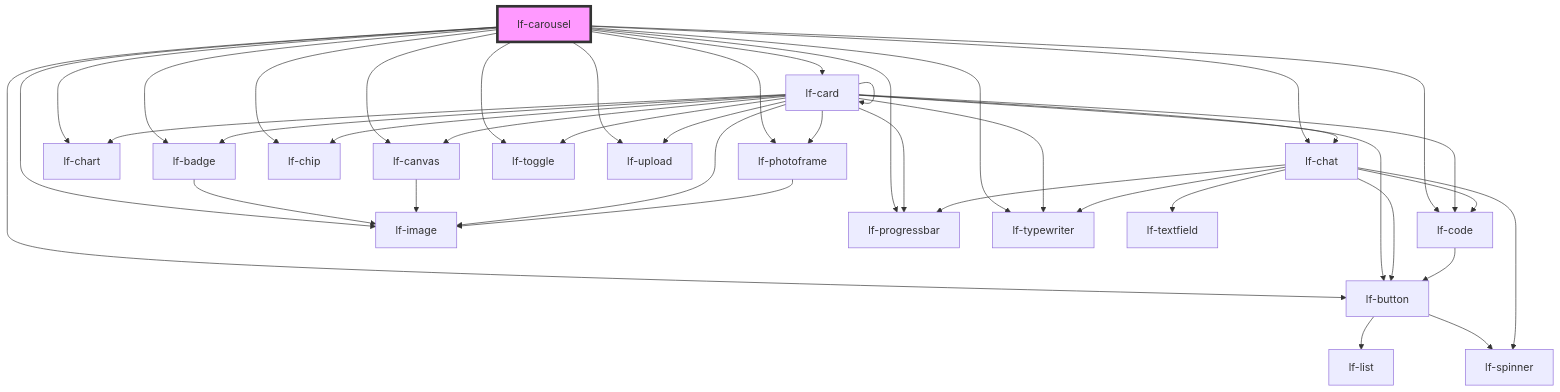
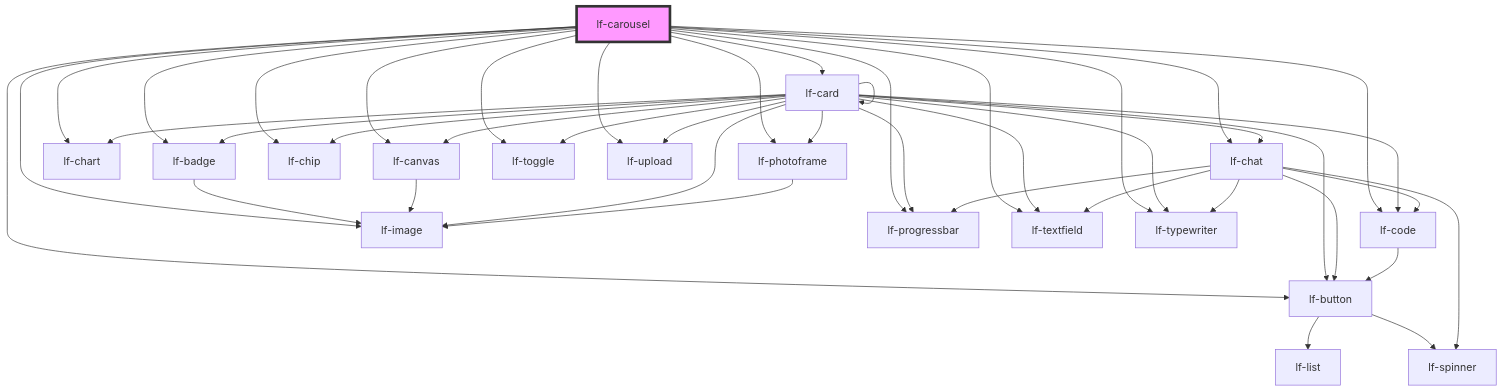
Before and after one commit to lucafoscili/lf-widgets: the diagram in packages/core/src/components/lf-carousel/readme.md, drawn with Mermaid. The commit also changed other lines of this file and 9 other files, not shown here.

````diff
--- a/packages/core/src/components/lf-carousel/readme.md
+++ b/packages/core/src/components/lf-carousel/readme.md
@@ -155,44 +156,46 @@
 ```mermaid
 graph TD;
   lf-carousel --> lf-badge
   lf-carousel --> lf-button
   lf-carousel --> lf-canvas
   lf-carousel --> lf-card
   lf-carousel --> lf-chart
   lf-carousel --> lf-chat
   lf-carousel --> lf-chip
   lf-carousel --> lf-code
   lf-carousel --> lf-image
   lf-carousel --> lf-photoframe
   lf-carousel --> lf-progressbar
+  lf-carousel --> lf-textfield
   lf-carousel --> lf-toggle
   lf-carousel --> lf-typewriter
   lf-carousel --> lf-upload
   lf-badge --> lf-image
   lf-button --> lf-list
   lf-button --> lf-spinner
   lf-canvas --> lf-image
   lf-card --> lf-badge
   lf-card --> lf-button
   lf-card --> lf-canvas
   lf-card --> lf-card
   lf-card --> lf-chart
   lf-card --> lf-chat
   lf-card --> lf-chip
   lf-card --> lf-code
   lf-card --> lf-image
   lf-card --> lf-photoframe
   lf-card --> lf-progressbar
+  lf-card --> lf-textfield
   lf-card --> lf-toggle
   lf-card --> lf-typewriter
   lf-card --> lf-upload
   lf-chat --> lf-spinner
   lf-chat --> lf-button
   lf-chat --> lf-typewriter
   lf-chat --> lf-progressbar
   lf-chat --> lf-textfield
   lf-chat --> lf-code
   lf-code --> lf-button
   lf-photoframe --> lf-image
   style lf-carousel fill:#f9f,stroke:#333,stroke-width:4px
 ```
````
